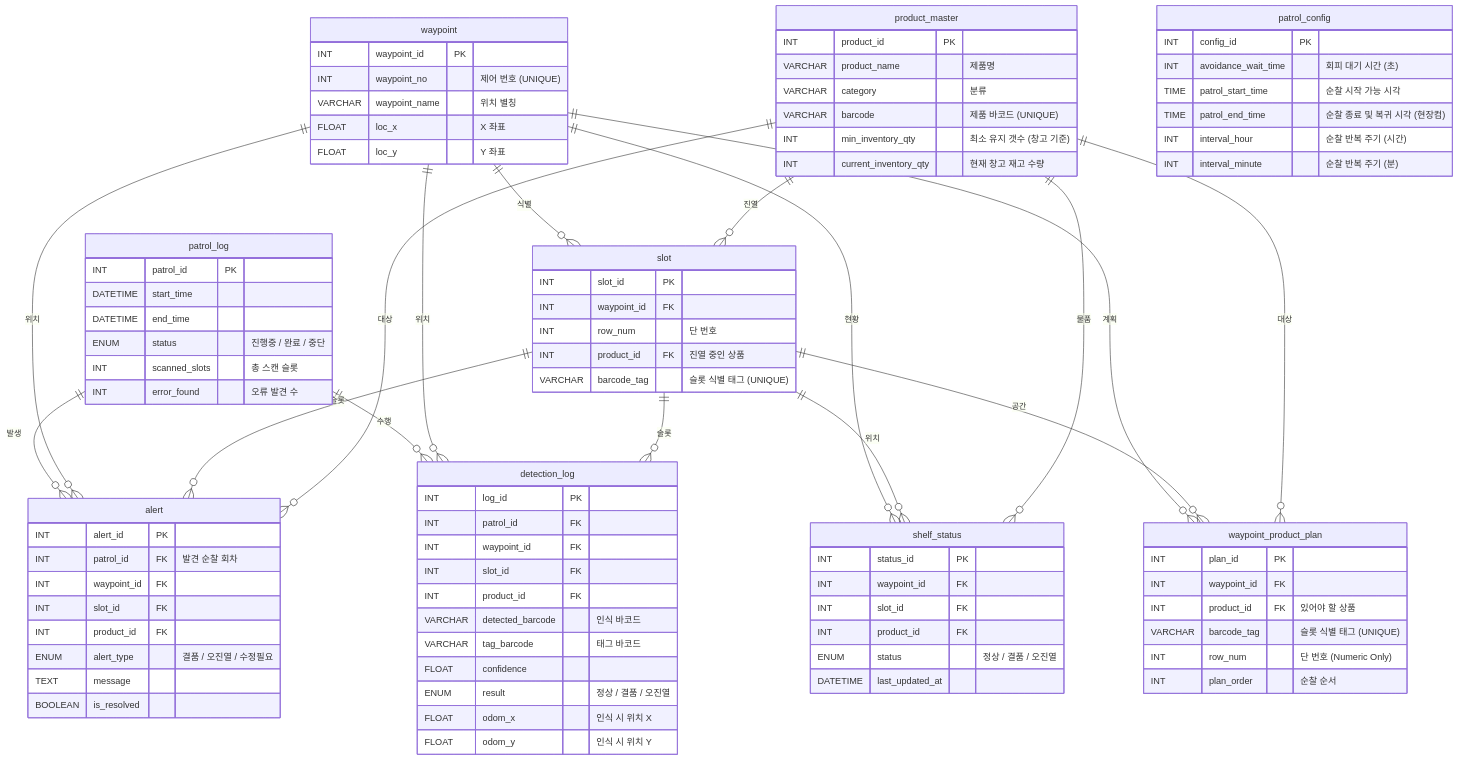
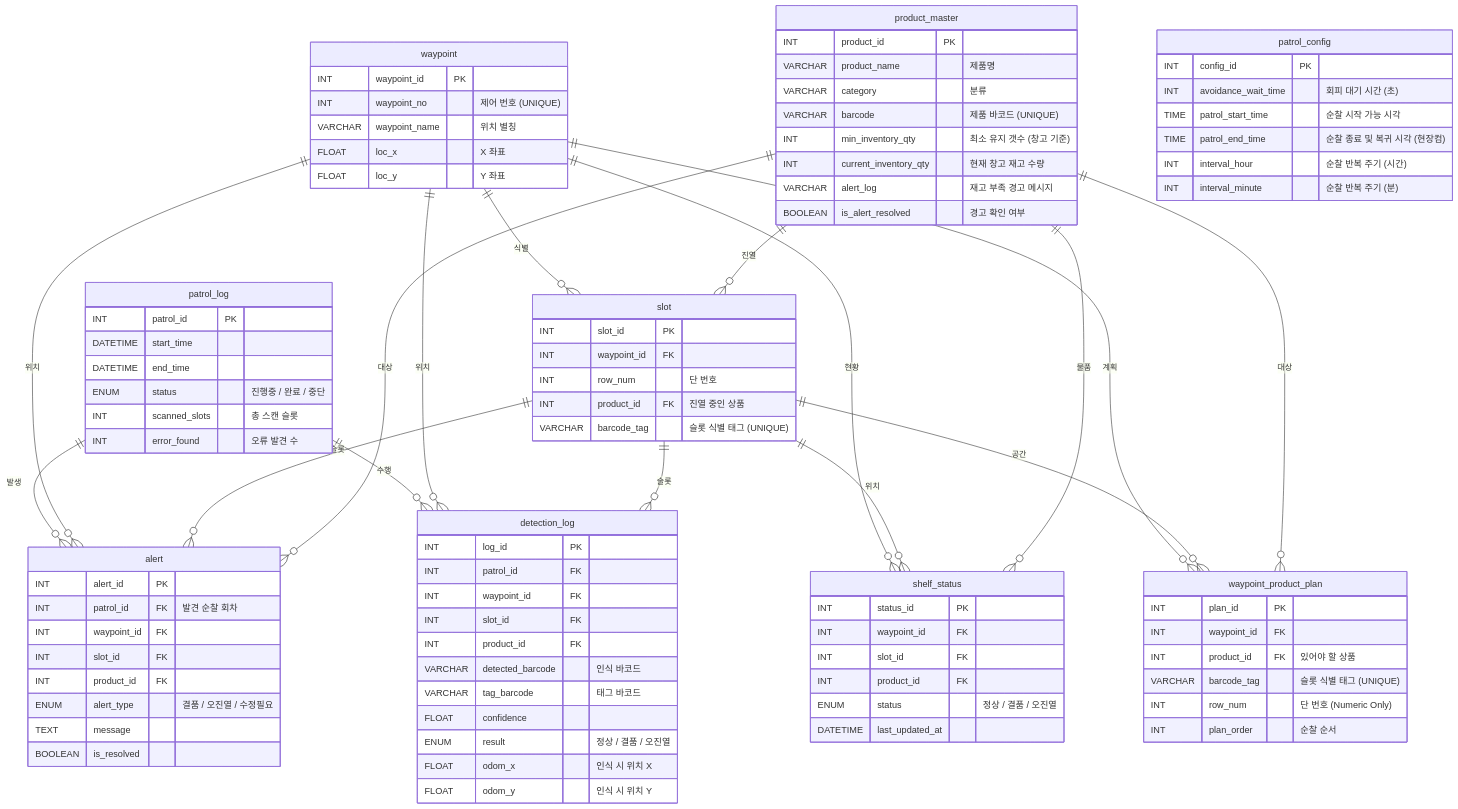
The diagram in db-server/doc/erd.md (Hoon0185/AI_Robot_Final_Project202603), drawn with Mermaid before and after one commit. The commit also changed 2 other files, not shown here.

Commit message:
최소 유지 재고 밑으로 떨어지는 상품에 경고를 발생하는 코드 생성

```diff
--- a/db-server/doc/erd.md
+++ b/db-server/doc/erd.md
@@ -53,6 +53,8 @@
         VARCHAR barcode "제품 바코드 (UNIQUE)"
         INT min_inventory_qty "최소 유지 갯수 (창고 기준)"
         INT current_inventory_qty "현재 창고 재고 수량"
+        VARCHAR alert_log "재고 부족 경고 메시지"
+        BOOLEAN is_alert_resolved "경고 확인 여부"
     }
 
     waypoint {
```
